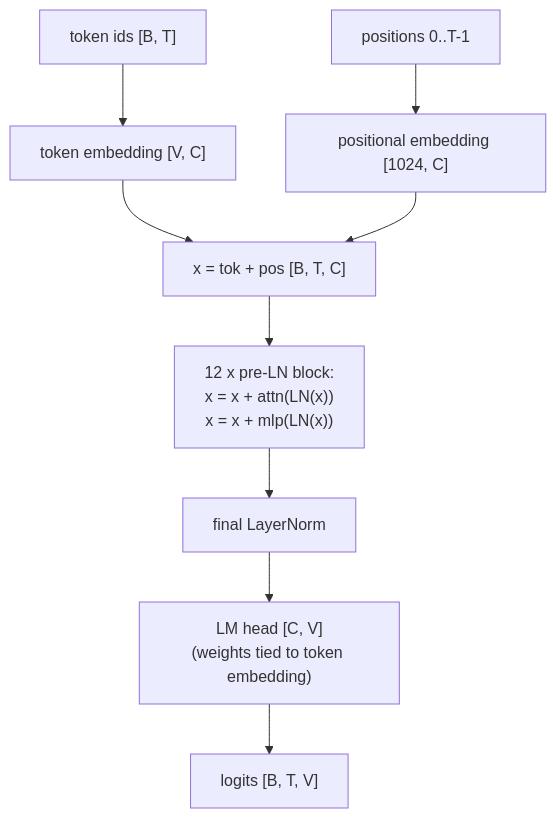
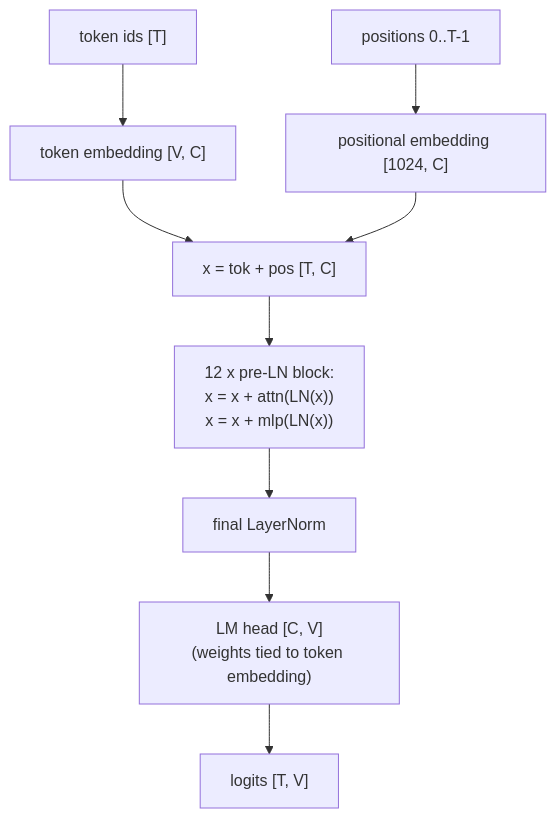
The fifth of 5 diagrams in ARCHITECTURE.md (mikeleppane/llm.mojo), drawn with Mermaid before and after one commit. The commit also changed other lines of this file and 2 other files, not shown here.

First line of the commit message:
docs: sync README, ARCHITECTURE, and PROGRESS with the source tree

````diff
--- a/ARCHITECTURE.md
+++ b/ARCHITECTURE.md
@@ -408,11 +438,11 @@
 ```mermaid
 flowchart TD
-    IDS["token ids [B, T]"] --> TE["token embedding [V, C]"]
+    IDS["token ids [T]"] --> TE["token embedding [V, C]"]
     POS["positions 0..T-1"] --> PE["positional embedding [1024, C]"]
-    TE --> ADD["x = tok + pos [B, T, C]"]
+    TE --> ADD["x = tok + pos [T, C]"]
     PE --> ADD
     ADD --> BLK["12 x pre-LN block:<br/>x = x + attn(LN(x))<br/>x = x + mlp(LN(x))"]
     BLK --> LN["final LayerNorm"]
     LN --> HEAD["LM head [C, V]<br/>(weights tied to token embedding)"]
-    HEAD --> LOGITS["logits [B, T, V]"]
+    HEAD --> LOGITS["logits [T, V]"]
 ```
````
